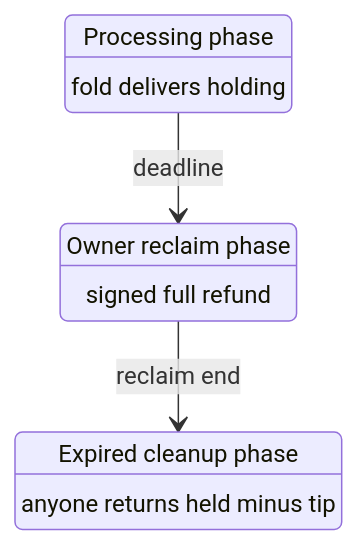
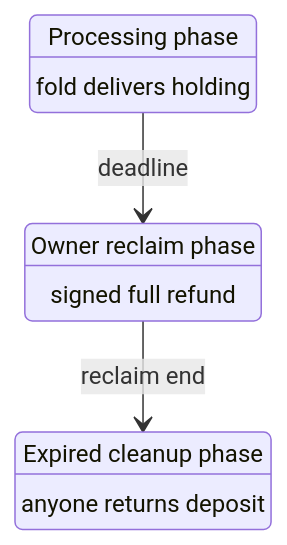
Before and after one commit to lambdasistemi/singular: the second of 2 diagrams in specs/741-no-pin-model/application-requests.md, drawn with Mermaid. The commit also changed other lines of this file and 9 other files, not shown here.

````diff
--- a/specs/741-no-pin-model/application-requests.md
+++ b/specs/741-no-pin-model/application-requests.md
@@ -55,11 +55,11 @@
 ```mermaid
 stateDiagram-v2
   state "Processing phase" as Processing
   state "Owner reclaim phase" as Reclaim
   state "Expired cleanup phase" as Cleanup
   Processing: fold delivers holding
   Reclaim: signed full refund
-  Cleanup: anyone returns held minus tip
+  Cleanup: anyone returns deposit
   Processing --> Reclaim: deadline
   Reclaim --> Cleanup: reclaim end
 ```
````
